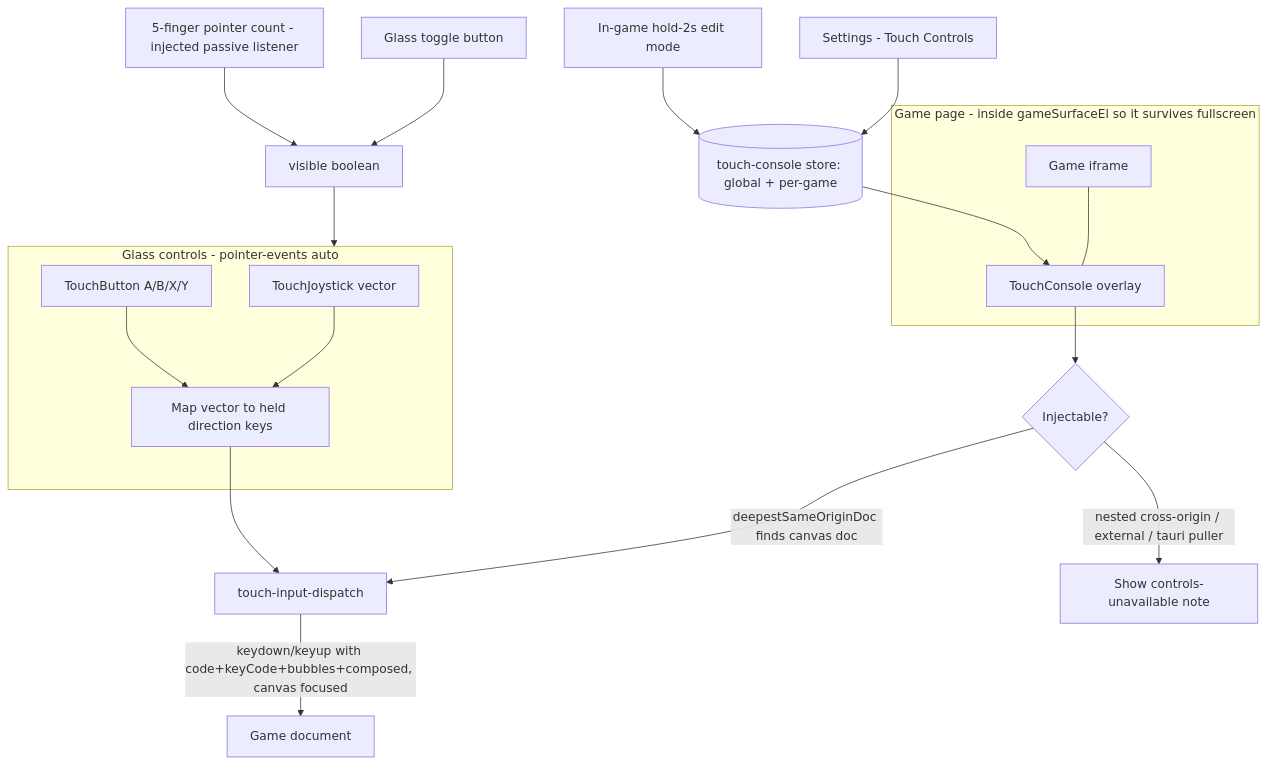
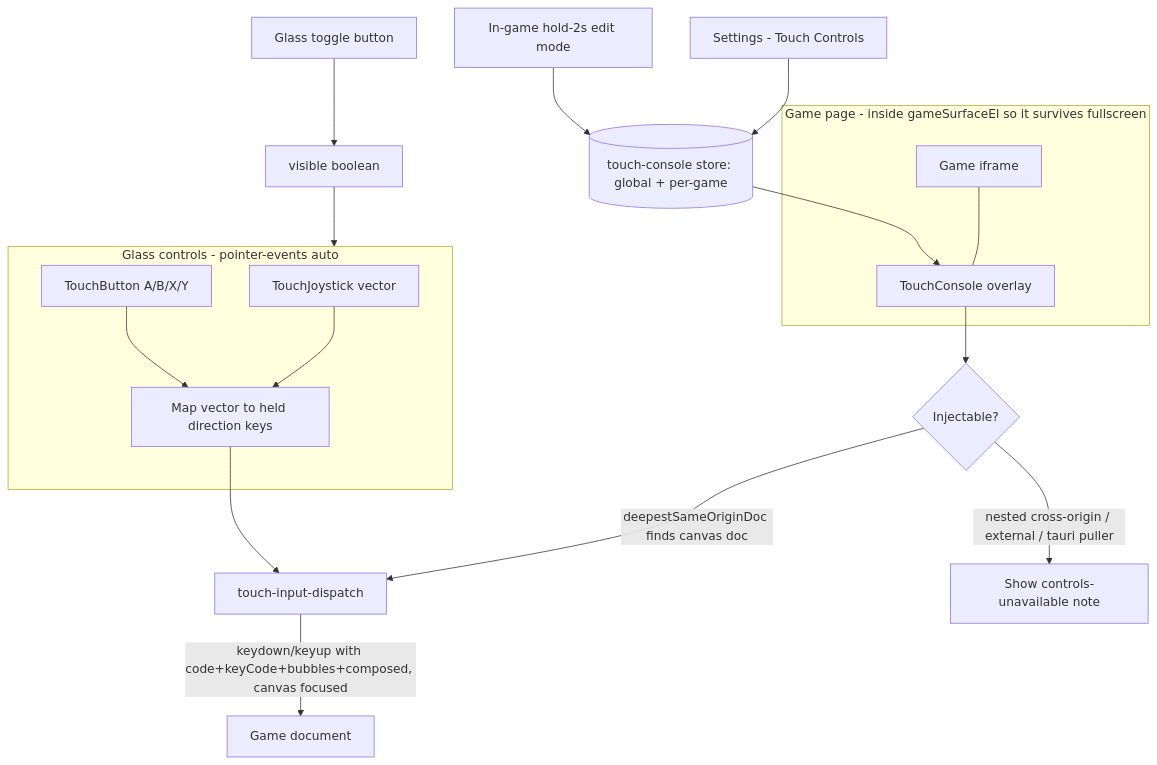
Before and after one commit to dixonSolutions/potatoetomatoe3: the diagram in docs/touch-console.md, drawn with Mermaid. The commit also changed other lines of this file and 9 other files, not shown here.

````diff
--- a/docs/touch-console.md
+++ b/docs/touch-console.md
@@ -11,25 +11,24 @@
 ```mermaid
 flowchart TD
     subgraph page [Game page - inside gameSurfaceEl so it survives fullscreen]
         iframe[Game iframe] --- overlay[TouchConsole overlay]
     end
 
     overlay --> cap{Injectable?}
     cap -->|deepestSameOriginDoc finds canvas doc| dispatch[touch-input-dispatch]
     cap -->|nested cross-origin / external / tauri puller| unavailable[Show controls-unavailable note]
 
     subgraph controls [Glass controls - pointer-events auto]
         joy[TouchJoystick vector] --> translate[Map vector to held direction keys]
         btns[TouchButton A/B/X/Y] --> translate
     end
     translate --> dispatch
     dispatch -->|keydown/keyup with code+keyCode+bubbles+composed, canvas focused| gamedoc[Game document]
 
     toggleBtn[Glass toggle button] --> visible[visible boolean]
-    gesture[5-finger pointer count - injected passive listener] --> visible
     visible --> controls
 
     settings[Settings - Touch Controls] --> store[(touch-console store: global + per-game)]
     editmode[In-game hold-2s edit mode] --> store
     store --> overlay
 ```
````
